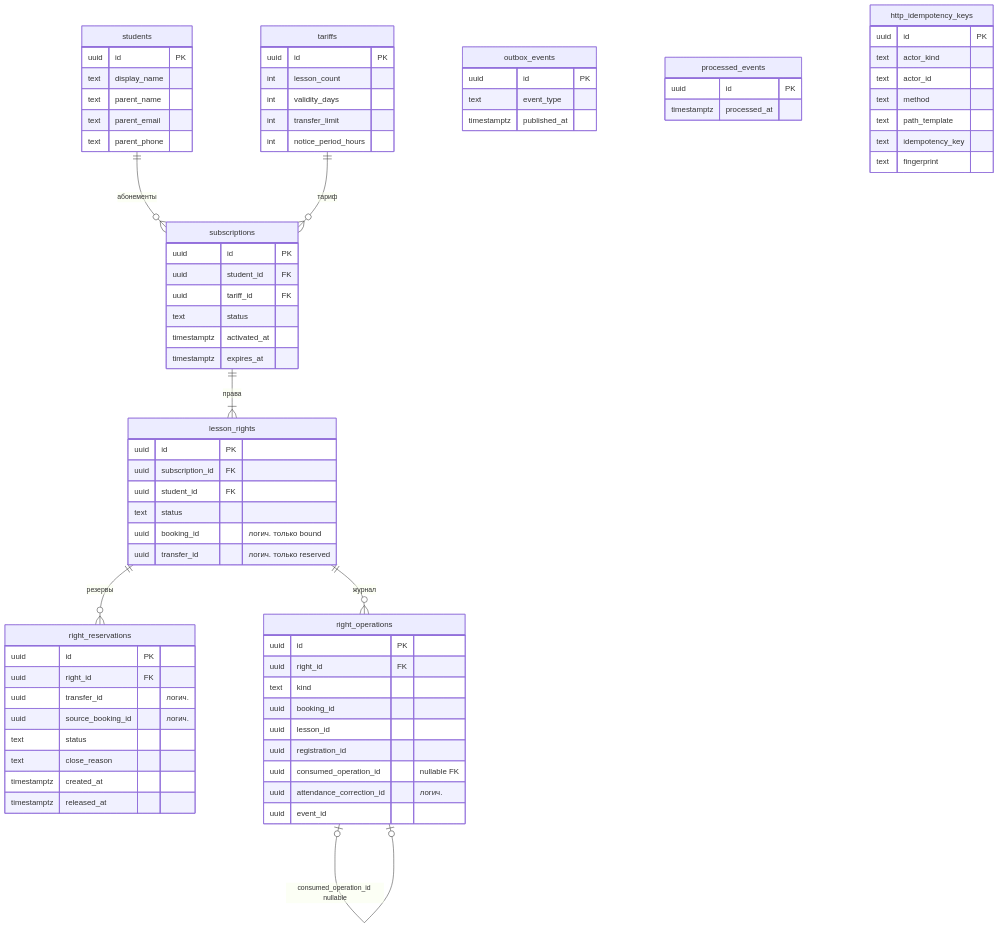
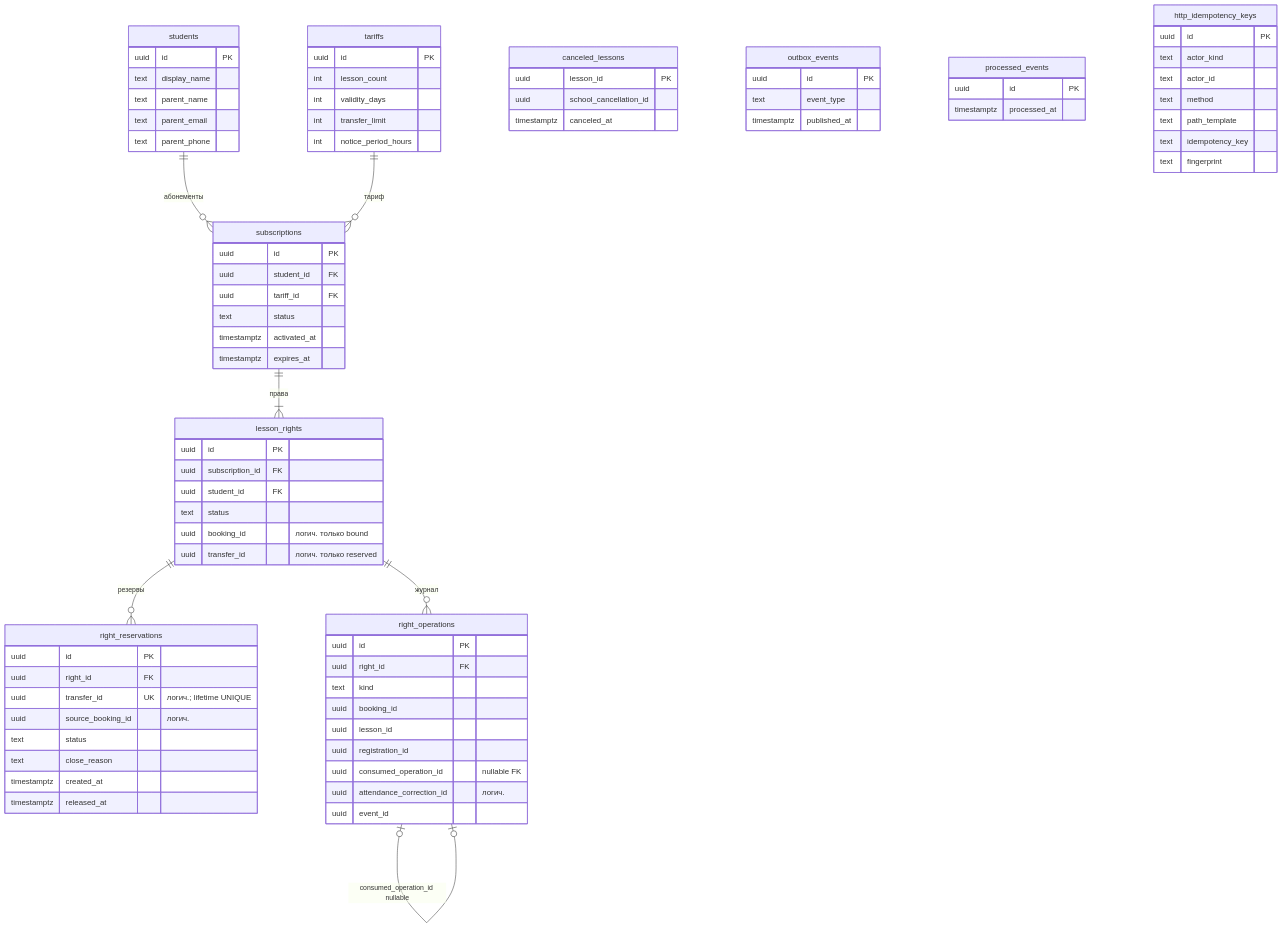
The diagram in docs/architecture/diagrams/er-subscriptions.mmd (lostsky25/LessonPlus), drawn with Mermaid before and after one commit. The commit also changed 19 other files, not shown here.

```diff
--- a/docs/architecture/diagrams/er-subscriptions.mmd
+++ b/docs/architecture/diagrams/er-subscriptions.mmd
@@ -1,79 +1,84 @@
 %% ER. Проект схемы subscriptions. Набор полей сокращён; имена совпадают с ddl/subscriptions.sql.
 %% FK только внутри схемы. student_id на праве — часть составного FK на абонемент, не второй справочник.
 %% consumed_operation_id — nullable self-FK: 0..1 родитель и 0..1 потомок; NOT NULL только у kind=restored.
 erDiagram
   students ||--o{ subscriptions : "абонементы"
   tariffs ||--o{ subscriptions : "тариф"
   subscriptions ||--|{ lesson_rights : "права"
   lesson_rights ||--o{ right_reservations : "резервы"
   lesson_rights ||--o{ right_operations : "журнал"
   right_operations |o--o| right_operations : "consumed_operation_id nullable"
+  canceled_lessons {
+    uuid lesson_id PK
+    uuid school_cancellation_id
+    timestamptz canceled_at
+  }
   students {
     uuid id PK
     text display_name
     text parent_name
     text parent_email
     text parent_phone
   }
   tariffs {
     uuid id PK
     int lesson_count
     int validity_days
     int transfer_limit
     int notice_period_hours
   }
   subscriptions {
     uuid id PK
     uuid student_id FK
     uuid tariff_id FK
     text status
     timestamptz activated_at
     timestamptz expires_at
   }
   lesson_rights {
     uuid id PK
     uuid subscription_id FK
     uuid student_id FK
     text status
     uuid booking_id "логич. только bound"
     uuid transfer_id "логич. только reserved"
   }
   right_reservations {
     uuid id PK
     uuid right_id FK
-    uuid transfer_id "логич."
+    uuid transfer_id UK "логич.; lifetime UNIQUE"
     uuid source_booking_id "логич."
     text status
     text close_reason
     timestamptz created_at
     timestamptz released_at
   }
   right_operations {
     uuid id PK
     uuid right_id FK
     text kind
     uuid booking_id
     uuid lesson_id
     uuid registration_id
     uuid consumed_operation_id "nullable FK"
     uuid attendance_correction_id "логич."
     uuid event_id
   }
   outbox_events {
     uuid id PK
     text event_type
     timestamptz published_at
   }
   processed_events {
     uuid id PK
     timestamptz processed_at
   }
   http_idempotency_keys {
     uuid id PK
     text actor_kind
     text actor_id
     text method
     text path_template
     text idempotency_key
     text fingerprint
   }
```
